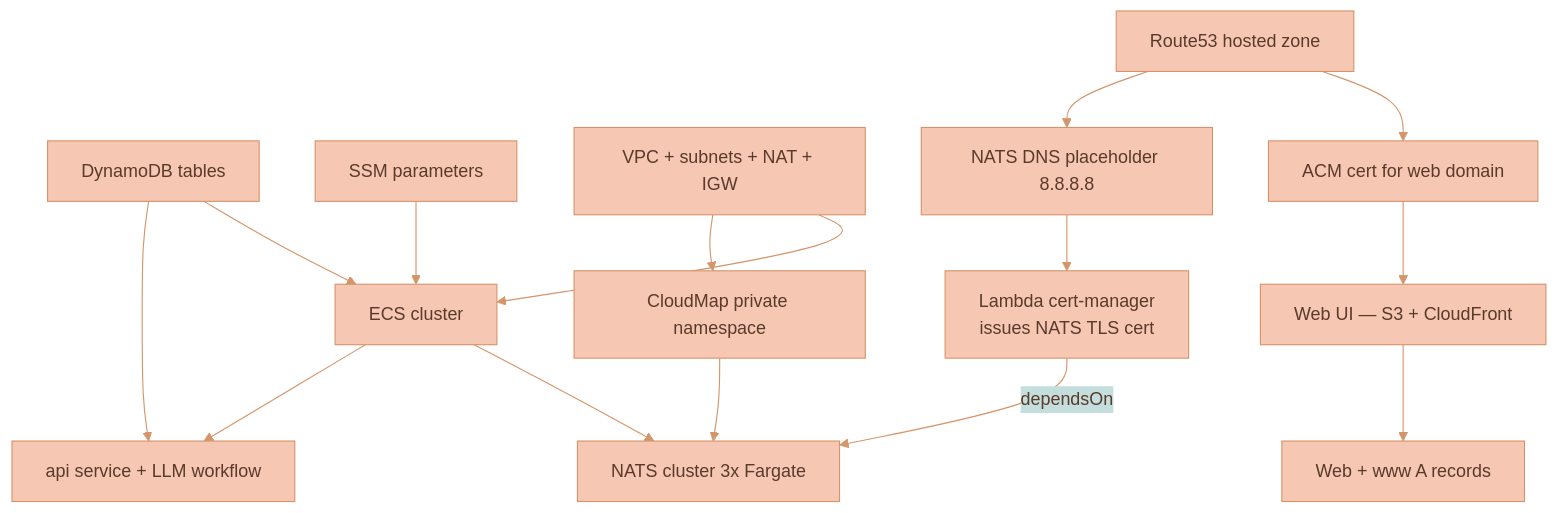
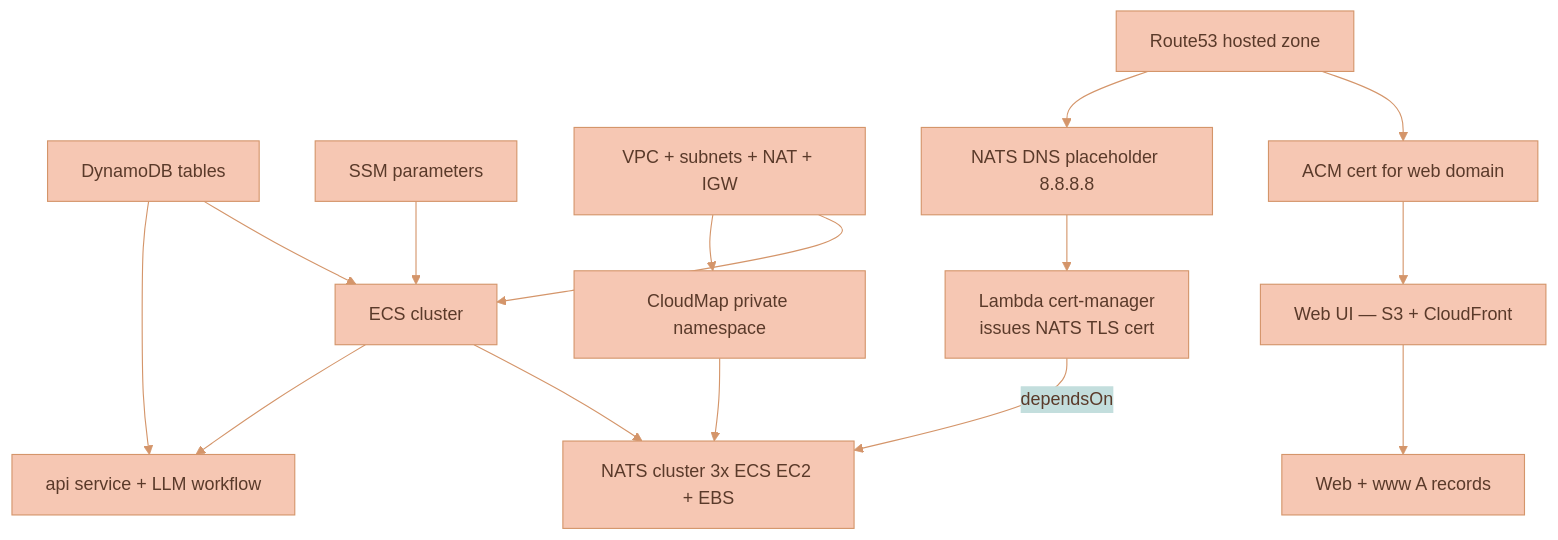
One commit to Lixpi/lixpi changed the second of 5 diagrams in documentation/platform/deployment/INFRASTRUCTURE-OVERVIEW.md. Above: the diagram before and after it, drawn with Mermaid. The commit also changed other lines of this file and 380 other files, not shown here.

````diff
--- a/documentation/platform/deployment/INFRASTRUCTURE-OVERVIEW.md
+++ b/documentation/platform/deployment/INFRASTRUCTURE-OVERVIEW.md
@@ -194,32 +194,32 @@
 ```mermaid
 %%{init: {'theme': 'base', 'themeVariables': { 'primaryColor': '#F6C7B3', 'primaryTextColor': '#5a3a2a', 'primaryBorderColor': '#d4956a', 'secondaryColor': '#C3DEDD', 'secondaryTextColor': '#1a3a47', 'secondaryBorderColor': '#4a8a9d', 'tertiaryColor': '#DCECE9', 'tertiaryTextColor': '#1a3a47', 'tertiaryBorderColor': '#82B2C0', 'lineColor': '#d4956a', 'textColor': '#5a3a2a'}}}%%
 flowchart TB
     DDB[DynamoDB tables]
     SSM[SSM parameters]
     NET[VPC + subnets + NAT + IGW]
     HZ[Route53 hosted zone]
     CERT[ACM cert for web domain]
     CM[CloudMap private namespace]
     ECS[ECS cluster]
     PLACE[NATS DNS placeholder 8.8.8.8]
     CERTMGR[Lambda cert-manager<br/>issues NATS TLS cert]
-    NATS[NATS cluster 3x Fargate]
+    NATS[NATS cluster 3x ECS EC2 + EBS]
     API[api service + LLM workflow]
     WEB[Web UI — S3 + CloudFront]
     DNS[Web + www A records]
 
     DDB --> ECS
     SSM --> ECS
     NET --> ECS
     NET --> CM
     HZ --> CERT
     HZ --> PLACE
     PLACE --> CERTMGR
     CERTMGR -->|dependsOn| NATS
     CM --> NATS
     ECS --> NATS
     ECS --> API
     DDB --> API
     CERT --> WEB
     WEB --> DNS
 ```
````
